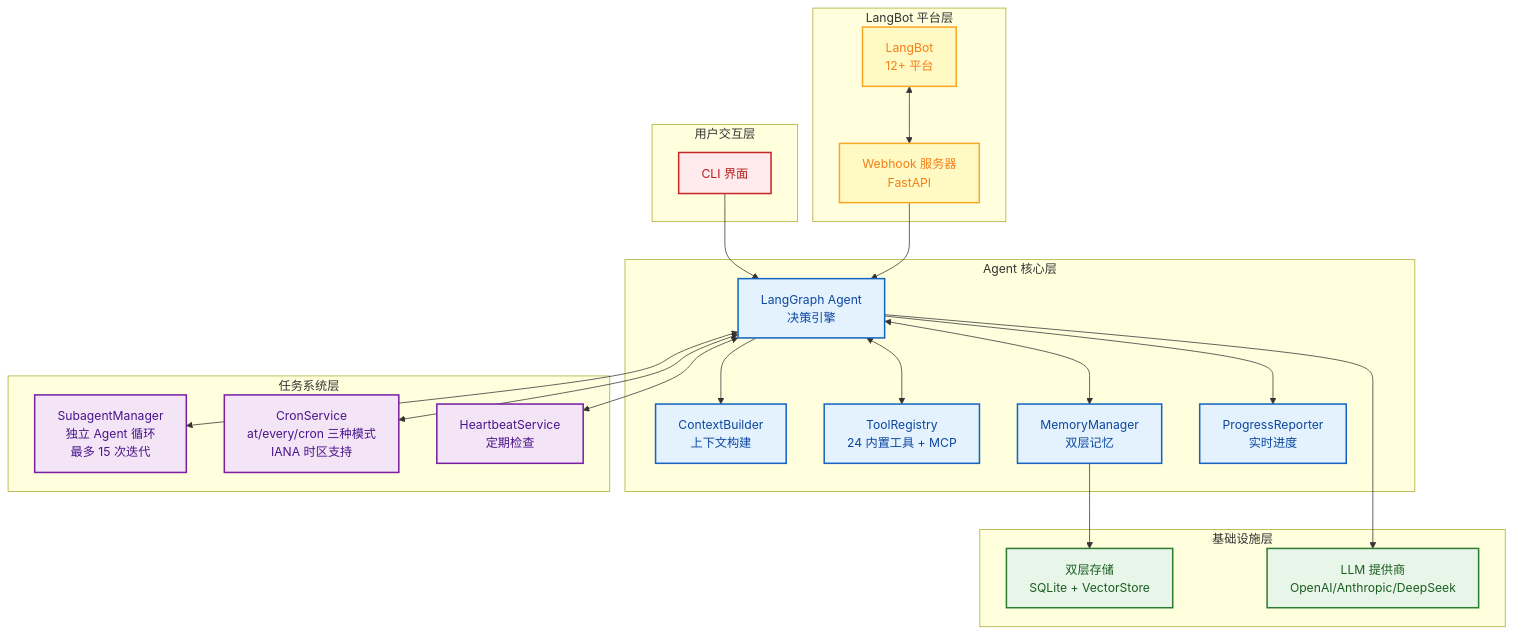
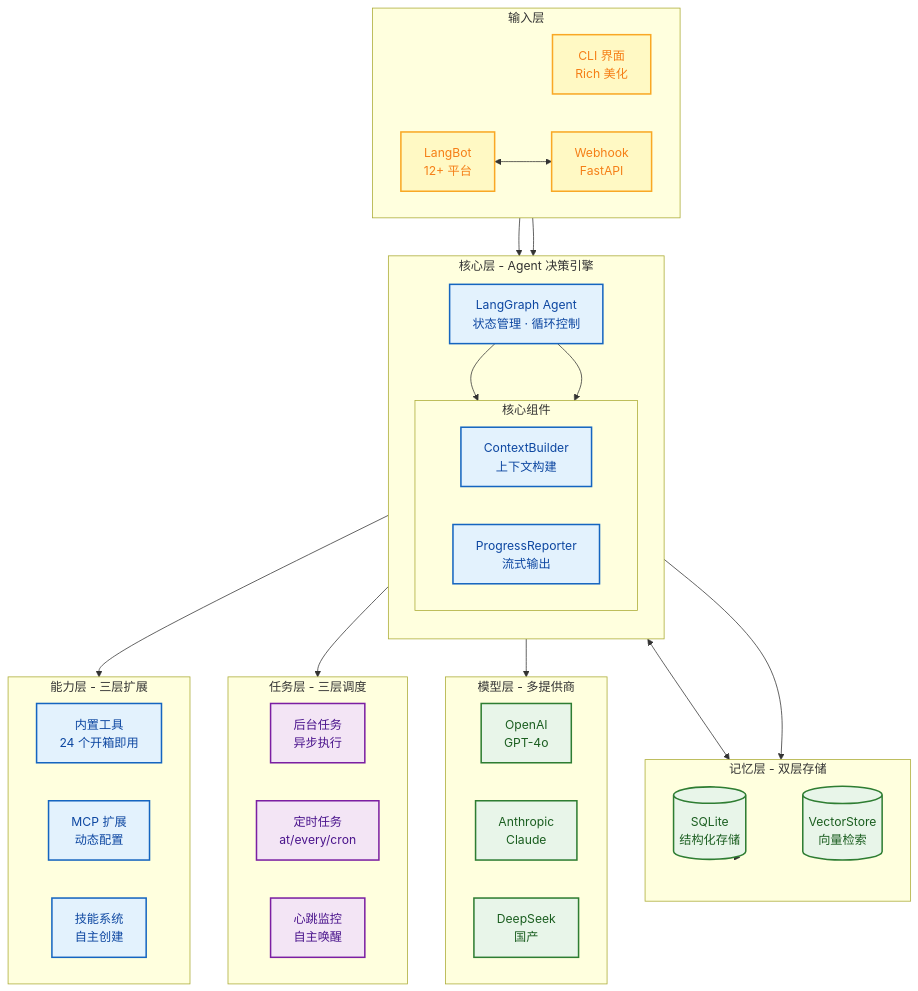
Before and after one commit to zhangjingyuan177-hue/FinchBot: the second of 16 diagrams in README_CN.md, drawn with Mermaid. The commit also changed 4 other files, not shown here.

First line of the commit message:
docs: 优化架构图布局，采用数据流导向设计

````diff
--- a/README_CN.md
+++ b/README_CN.md
@@ -101,51 +101,66 @@
 ```mermaid
-graph TB
-    classDef uiLayer fill:#ffebee,stroke:#c62828,stroke-width:2px,color:#b71c1c;
-    classDef coreLayer fill:#e3f2fd,stroke:#1565c0,stroke-width:2px,color:#0d47a1;
-    classDef taskLayer fill:#f3e5f5,stroke:#7b1fa2,stroke-width:2px,color:#4a148c;
-    classDef infraLayer fill:#e8f5e9,stroke:#2e7d32,stroke-width:2px,color:#1b5e20;
-    classDef channelLayer fill:#fff9c4,stroke:#f9a825,stroke-width:2px,color:#f57f17;
+flowchart TB
+    classDef input fill:#fff9c4,stroke:#f9a825,stroke-width:2px,color:#f57f17;
+    classDef core fill:#e3f2fd,stroke:#1565c0,stroke-width:2px,color:#0d47a1;
+    classDef task fill:#f3e5f5,stroke:#7b1fa2,stroke-width:2px,color:#4a148c;
+    classDef infra fill:#e8f5e9,stroke:#2e7d32,stroke-width:2px,color:#1b5e20;
 
-    subgraph UI [用户交互层]
-        CLI[CLI 界面]:::uiLayer
+    subgraph Input [输入层]
+        direction LR
+        CLI[CLI 界面<br/>Rich 美化]:::input
+        LB[LangBot<br/>12+ 平台]:::input
+        Webhook[Webhook<br/>FastAPI]:::input
     end
 
-    subgraph LangBot [LangBot 平台层]
-        Webhook[Webhook 服务器<br/>FastAPI]:::channelLayer
-        LB[LangBot<br/>12+ 平台]:::channelLayer
+    subgraph Core [核心层 - Agent 决策引擎]
+        direction TB
+        Agent[LangGraph Agent<br/>状态管理 · 循环控制]:::core
+        subgraph CoreModules [核心组件]
+            direction LR
+            Context[ContextBuilder<br/>上下文构建]:::core
+            Streaming[ProgressReporter<br/>流式输出]:::core
+        end
     end
 
-    subgraph Core [Agent 核心层]
-        Agent[LangGraph Agent<br/>决策引擎]:::coreLayer
-        Context[ContextBuilder<br/>上下文构建]:::coreLayer
-        Tools[ToolRegistry<br/>24 内置工具 + MCP]:::coreLayer
-        Memory[MemoryManager<br/>双层记忆]:::coreLayer
-        Streaming[ProgressReporter<br/>实时进度]:::coreLayer
+    subgraph Capabilities [能力层 - 三层扩展]
+        direction LR
+        BuiltIn[内置工具<br/>24 个开箱即用]:::core
+        MCP[MCP 扩展<br/>动态配置]:::core
+        Skills[技能系统<br/>自主创建]:::core
     end
 
-    subgraph Task [任务系统层]
-        SubagentMgr[SubagentManager<br/>独立 Agent 循环<br/>最多 15 次迭代]:::taskLayer
-        CronSvc[CronService<br/>at/every/cron 三种模式<br/>IANA 时区支持]:::taskLayer
-        Heartbeat[HeartbeatService<br/>定期检查]:::taskLayer
+    subgraph Task [任务层 - 三层调度]
+        direction LR
+        BG[后台任务<br/>异步执行]:::task
+        Cron[定时任务<br/>at/every/cron]:::task
+        Heart[心跳监控<br/>自主唤醒]:::task
     end
 
-    subgraph Infra [基础设施层]
-        Storage[双层存储<br/>SQLite + VectorStore]:::infraLayer
-        LLM[LLM 提供商<br/>OpenAI/Anthropic/DeepSeek]:::infraLayer
+    subgraph Memory [记忆层 - 双层存储]
+        direction LR
+        SQLite[(SQLite<br/>结构化存储)]:::infra
+        Vector[(VectorStore<br/>向量检索)]:::infra
+    end
+
+    subgraph LLM [模型层 - 多提供商]
+        direction LR
+        OpenAI[OpenAI<br/>GPT-4o]:::infra
+        Anthropic[Anthropic<br/>Claude]:::infra
+        DeepSeek[DeepSeek<br/>国产]:::infra
     end
 
     CLI --> Agent
     LB <--> Webhook
     Webhook --> Agent
 
     Agent --> Context
-    Agent <--> Tools
+    Agent --> Streaming
+    Agent --> Capabilities
+    Agent --> Task
     Agent <--> Memory
-    Agent --> Streaming
-    Agent <--> SubagentMgr
-    Agent <--> CronSvc
-    Agent <--> Heartbeat
+    Agent --> LLM
 
-    Memory --> Storage
-    Agent --> LLM
+    Context --> Memory
+    Memory --> SQLite
+    Memory --> Vector
 ```
````
